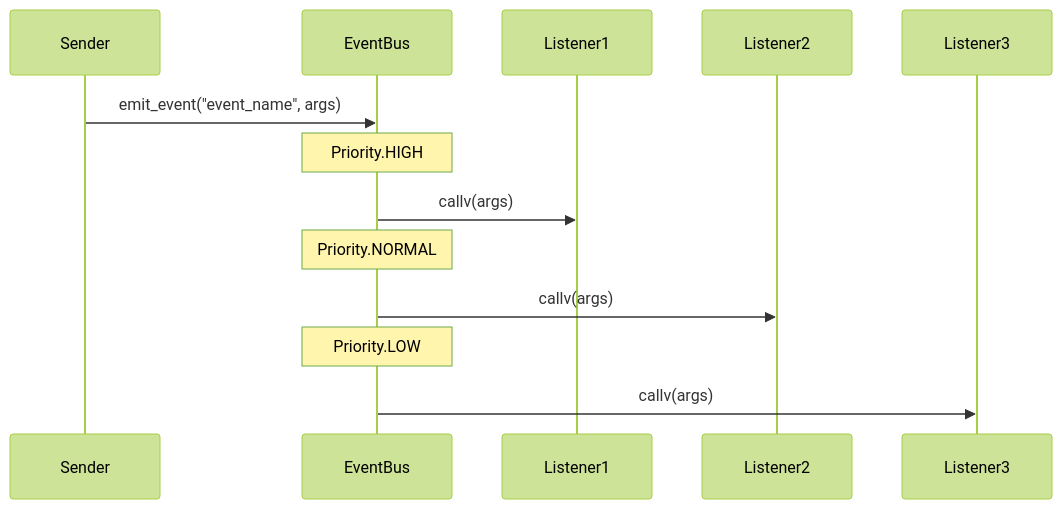
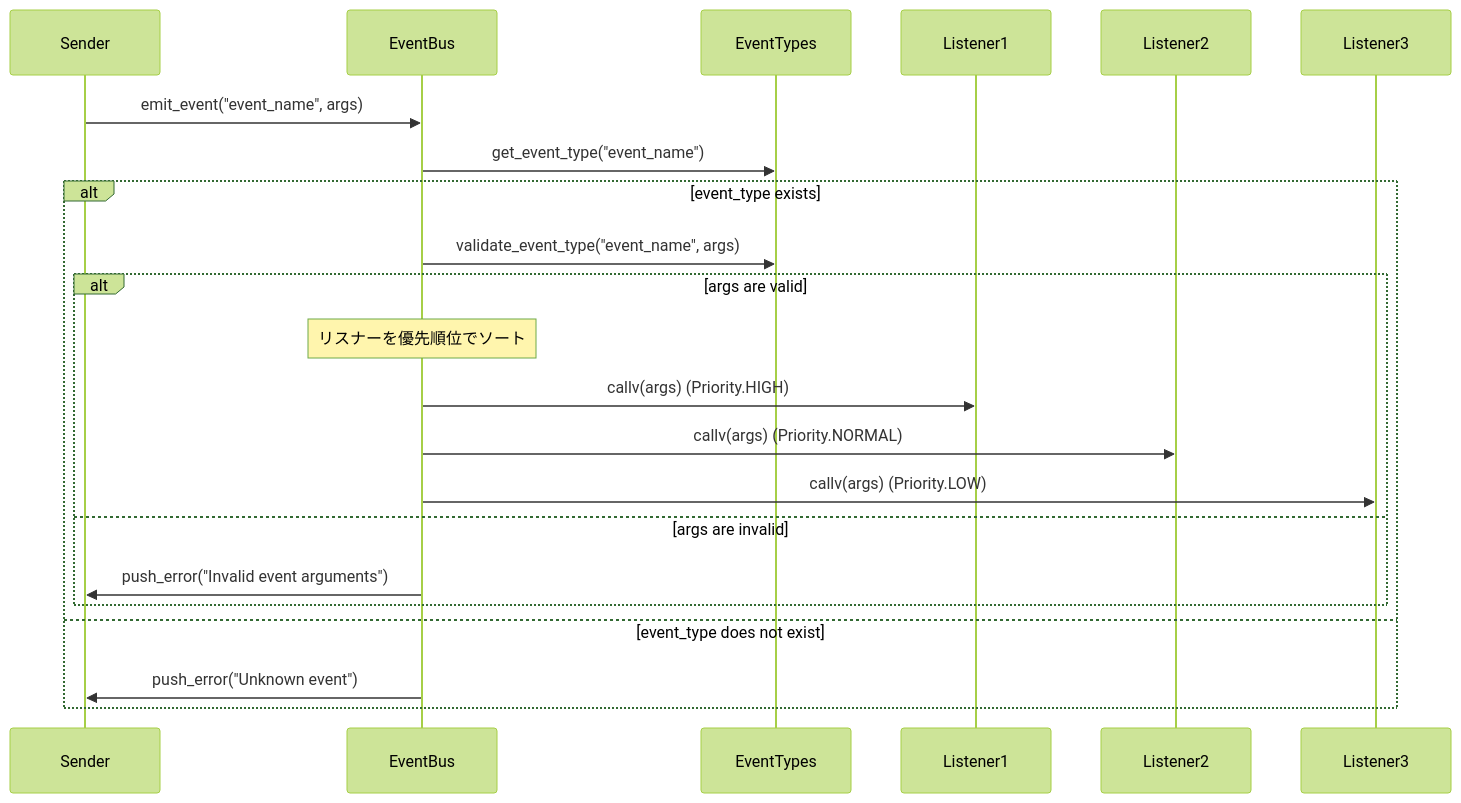
One commit to nel2116/GodotGame changed the second of 3 diagrams in Docs/10_CoreDocs/15_ImplementationSpecs/15.2_EventBus.md. Above: the diagram before and after it, drawn with Mermaid (forest theme). The commit also changed other lines of this file and 65 other files, not shown here.

````diff
--- a/Docs/10_CoreDocs/15_ImplementationSpecs/15.2_EventBus.md
+++ b/Docs/10_CoreDocs/15_ImplementationSpecs/15.2_EventBus.md
@@ -187,16 +221,25 @@
 ```mermaid
 sequenceDiagram
     participant Sender
     participant EventBus
+    participant EventTypes
     participant Listener1
     participant Listener2
     participant Listener3
 
     Sender->>EventBus: emit_event("event_name", args)
-    Note over EventBus: Priority.HIGH
-    EventBus->>Listener1: callv(args)
-    Note over EventBus: Priority.NORMAL
-    EventBus->>Listener2: callv(args)
-    Note over EventBus: Priority.LOW
-    EventBus->>Listener3: callv(args)
+    EventBus->>EventTypes: get_event_type("event_name")
+    alt event_type exists
+        EventBus->>EventTypes: validate_event_type("event_name", args)
+        alt args are valid
+            Note over EventBus: リスナーを優先順位でソート
+            EventBus->>Listener1: callv(args) (Priority.HIGH)
+            EventBus->>Listener2: callv(args) (Priority.NORMAL)
+            EventBus->>Listener3: callv(args) (Priority.LOW)
+        else args are invalid
+            EventBus->>Sender: push_error("Invalid event arguments")
+        end
+    else event_type does not exist
+        EventBus->>Sender: push_error("Unknown event")
+    end
 ```
````
